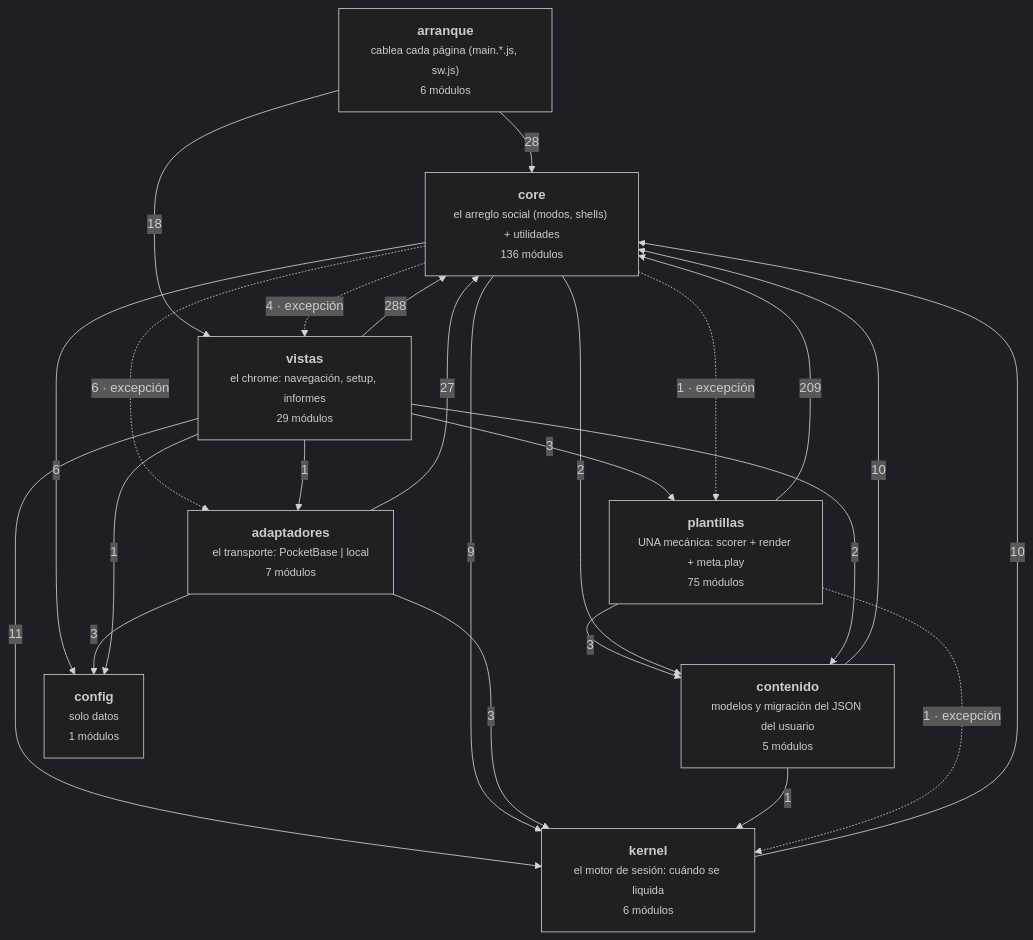
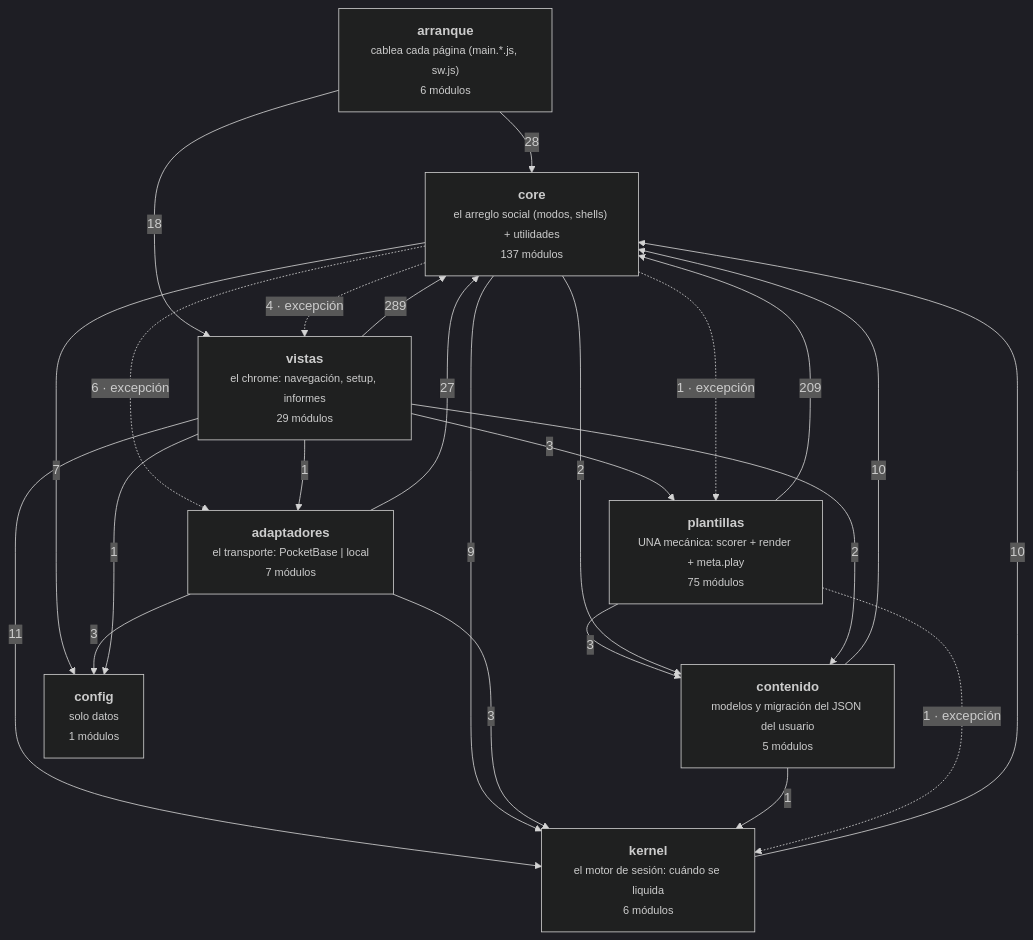
The diagram in docs/arquitectura-modulos.md (duecaz/ac), drawn with Mermaid (dark theme) before and after one commit. The commit also changed other lines of this file and 13 other files, not shown here.

````diff
--- a/docs/arquitectura-modulos.md
+++ b/docs/arquitectura-modulos.md
@@ -56,34 +56,34 @@
 ```mermaid
 graph TD
   A["<b>arranque</b><br/><small>cablea cada página (main.*.js, sw.js)</small><br/><small>6 módulos</small>"]
   V["<b>vistas</b><br/><small>el chrome: navegación, setup, informes</small><br/><small>29 módulos</small>"]
   AD["<b>adaptadores</b><br/><small>el transporte: PocketBase | local</small><br/><small>7 módulos</small>"]
-  C["<b>core</b><br/><small>el arreglo social (modos, shells) + utilidades</small><br/><small>136 módulos</small>"]
+  C["<b>core</b><br/><small>el arreglo social (modos, shells) + utilidades</small><br/><small>137 módulos</small>"]
   K["<b>kernel</b><br/><small>el motor de sesión: cuándo se liquida</small><br/><small>6 módulos</small>"]
   T["<b>plantillas</b><br/><small>UNA mecánica: scorer + render + meta.play</small><br/><small>75 módulos</small>"]
   CO["<b>contenido</b><br/><small>modelos y migración del JSON del usuario</small><br/><small>5 módulos</small>"]
   CF["<b>config</b><br/><small>solo datos</small><br/><small>1 módulos</small>"]
-  V -->|288| C
+  V -->|289| C
   T -->|209| C
   A -->|28| C
   AD -->|27| C
   A -->|18| V
   V -->|11| K
   CO -->|10| C
   K -->|10| C
   C -->|9| K
-  C -->|6| CF
+  C -->|7| CF
   C -.->|6 · excepción| AD
   C -.->|4 · excepción| V
   AD -->|3| CF
   AD -->|3| K
   T -->|3| CO
   V -->|3| T
   C -->|2| CO
   V -->|2| CO
   C -.->|1 · excepción| T
   CO -->|1| K
   T -.->|1 · excepción| K
   V -->|1| AD
   V -->|1| CF
 ```
````
